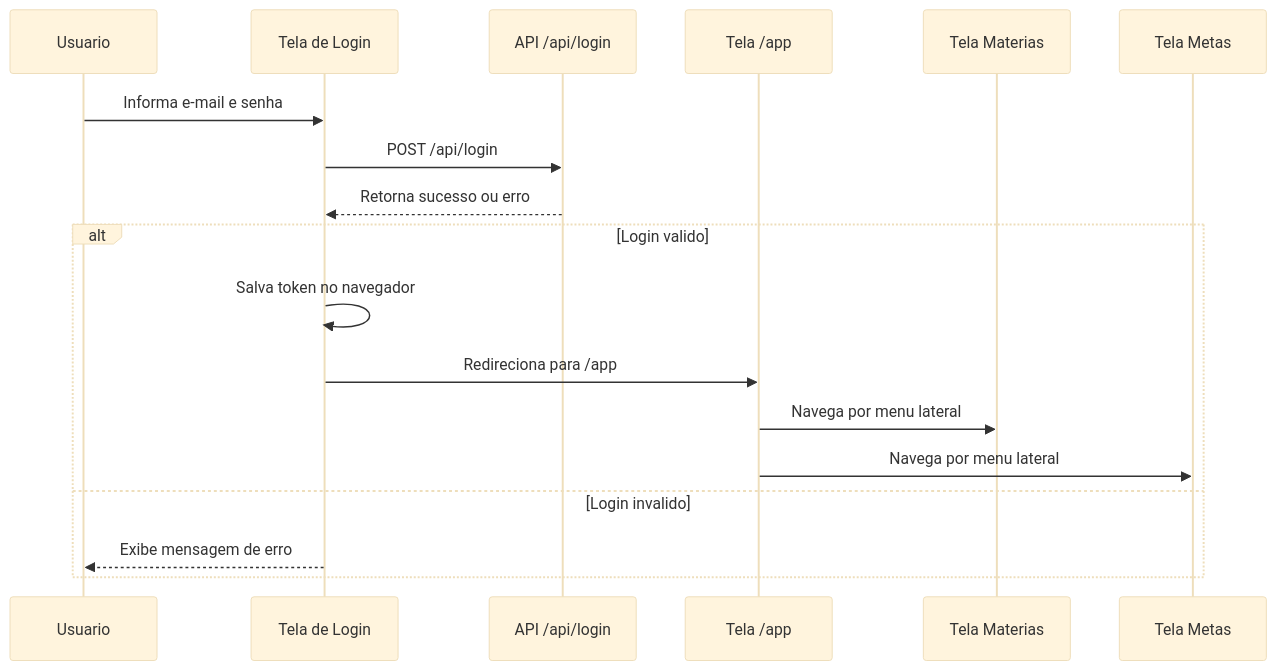
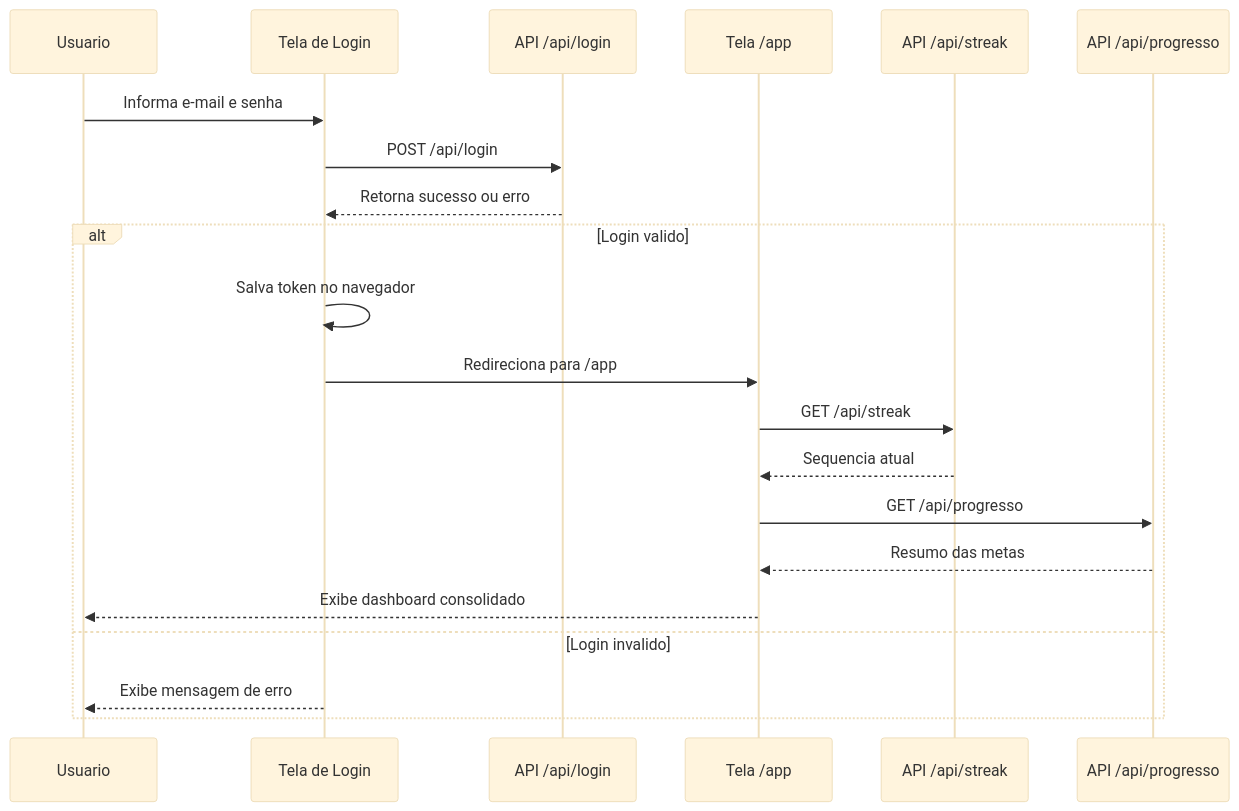
One commit to art4raujo0/xp-diario changed the fifth of 6 diagrams in docs/DIAGRAMAS_TELAS_USUARIO_FINAL.md. Above: the diagram before and after it, drawn with Mermaid (base theme). The commit also changed other lines of this file and 12 other files, not shown here.

````diff
--- a/docs/DIAGRAMAS_TELAS_USUARIO_FINAL.md
+++ b/docs/DIAGRAMAS_TELAS_USUARIO_FINAL.md
@@ -63,21 +83,24 @@
 ```mermaid
 sequenceDiagram
     participant U as Usuario
     participant TL as Tela de Login
     participant API as API /api/login
     participant APP as Tela /app
-    participant TMAT as Tela Materias
-    participant TMET as Tela Metas
+    participant ST as API /api/streak
+    participant PR as API /api/progresso
 
     U->>TL: Informa e-mail e senha
     TL->>API: POST /api/login
     API-->>TL: Retorna sucesso ou erro
     alt Login valido
         TL->>TL: Salva token no navegador
         TL->>APP: Redireciona para /app
-        APP->>TMAT: Navega por menu lateral
-        APP->>TMET: Navega por menu lateral
+        APP->>ST: GET /api/streak
+        ST-->>APP: Sequencia atual
+        APP->>PR: GET /api/progresso
+        PR-->>APP: Resumo das metas
+        APP-->>U: Exibe dashboard consolidado
     else Login invalido
         TL-->>U: Exibe mensagem de erro
     end
 ```
````
